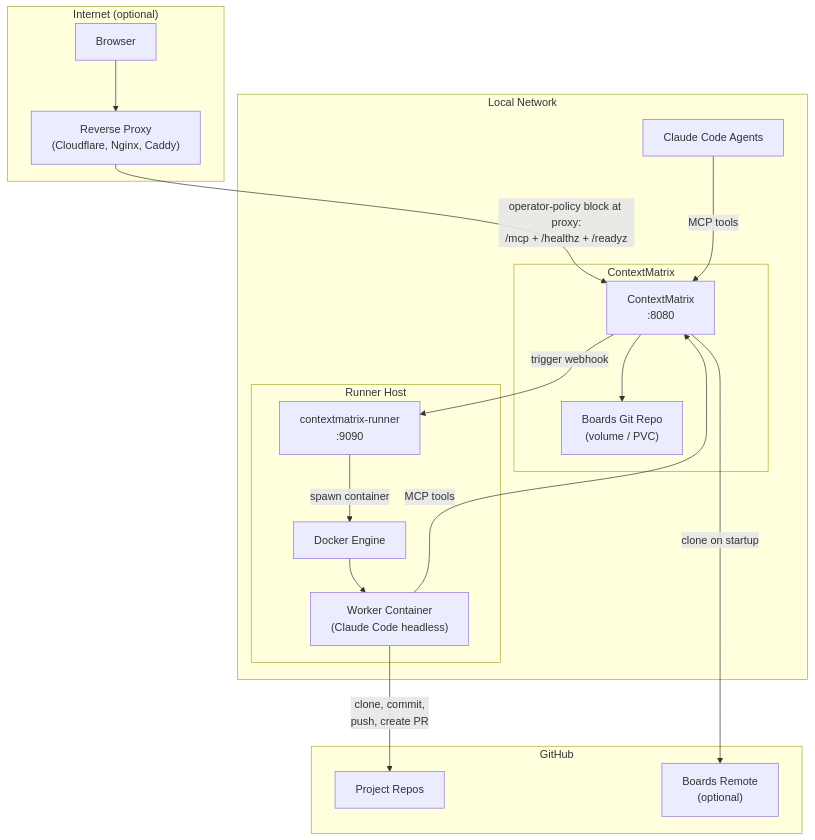
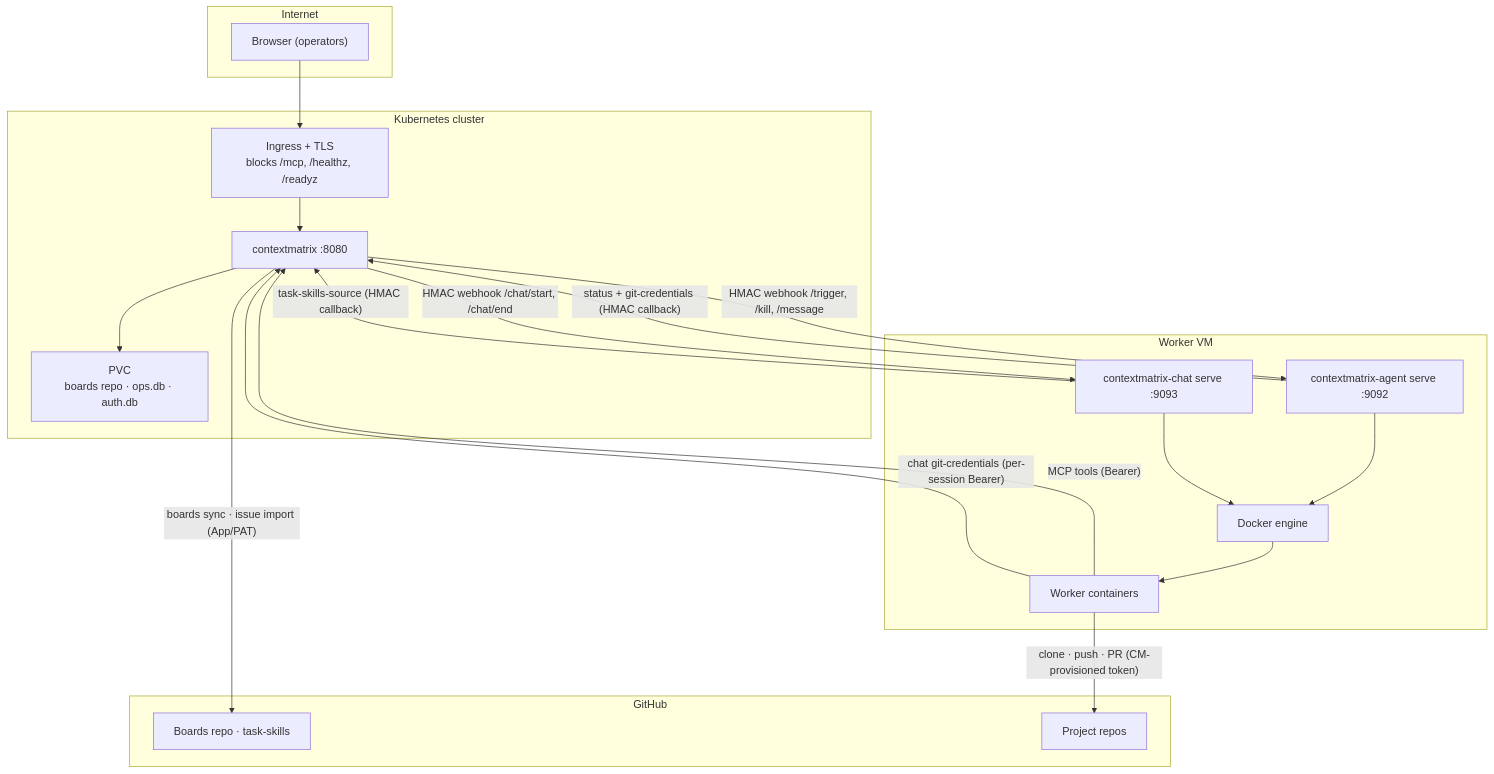
The diagram in docs/deployment-example.md (mhersson/contextmatrix), drawn with Mermaid before and after one commit. The commit also changed other lines of this file and 8 other files, not shown here.

````diff
--- a/docs/deployment-example.md
+++ b/docs/deployment-example.md
@@ -13,38 +21,39 @@
 ```mermaid
 flowchart TB
-    subgraph internet["Internet (optional)"]
-        browser["Browser"]
-        proxy["Reverse Proxy<br/>(Cloudflare, Nginx, Caddy)"]
+    subgraph internet["Internet"]
+        browser["Browser (operators)"]
     end
 
-    subgraph lan["Local Network"]
-        agents["Claude Code Agents"]
+    subgraph k8s["Kubernetes cluster"]
+        ingress["Ingress + TLS<br/>blocks /mcp, /healthz, /readyz"]
+        cm["contextmatrix :8080"]
+        pvc["PVC<br/>boards repo · ops.db · auth.db"]
+        cm --> pvc
+        ingress --> cm
+    end
 
-        subgraph cm["ContextMatrix"]
-            cm_svc["ContextMatrix<br/>:8080"]
-            boards["Boards Git Repo<br/>(volume / PVC)"]
-        end
-
-        subgraph runner_host["Runner Host"]
-            runner["contextmatrix-runner<br/>:9090"]
-            docker["Docker Engine"]
-            worker["Worker Container<br/>(Claude Code headless)"]
-        end
+    subgraph vm["Worker VM"]
+        agent["contextmatrix-agent serve :9092"]
+        chat["contextmatrix-chat serve :9093"]
+        docker["Docker engine"]
+        worker["Worker containers"]
+        agent --> docker
+        chat --> docker
+        docker --> worker
     end
 
     subgraph github["GitHub"]
-        target["Project Repos"]
-        boards_remote["Boards Remote<br/>(optional)"]
+        boards["Boards repo · task-skills"]
+        repos["Project repos"]
     end
 
-    browser --> proxy
-    proxy -- "operator-policy block at proxy:<br/>/mcp + /healthz + /readyz" --> cm_svc
-    agents -- "MCP tools" --> cm_svc
-    cm_svc --> boards
-    cm_svc -- "clone on startup" --> boards_remote
-    cm_svc -- "trigger webhook" --> runner
-    runner -- "spawn container" --> docker
-    docker --> worker
-    worker -- "MCP tools" --> cm_svc
-    worker -- "clone, commit,<br/>push, create PR" --> target
+    browser --> ingress
+    cm -- "HMAC webhook /trigger, /kill, /message" --> agent
+    cm -- "HMAC webhook /chat/start, /chat/end" --> chat
+    agent -- "status + git-credentials (HMAC callback)" --> cm
+    chat -- "task-skills-source (HMAC callback)" --> cm
+    worker -- "MCP tools (Bearer)" --> cm
+    worker -- "chat git-credentials (per-session Bearer)" --> cm
+    cm -- "boards sync · issue import (App/PAT)" --> boards
+    worker -- "clone · push · PR (CM-provisioned token)" --> repos
 ```
````
